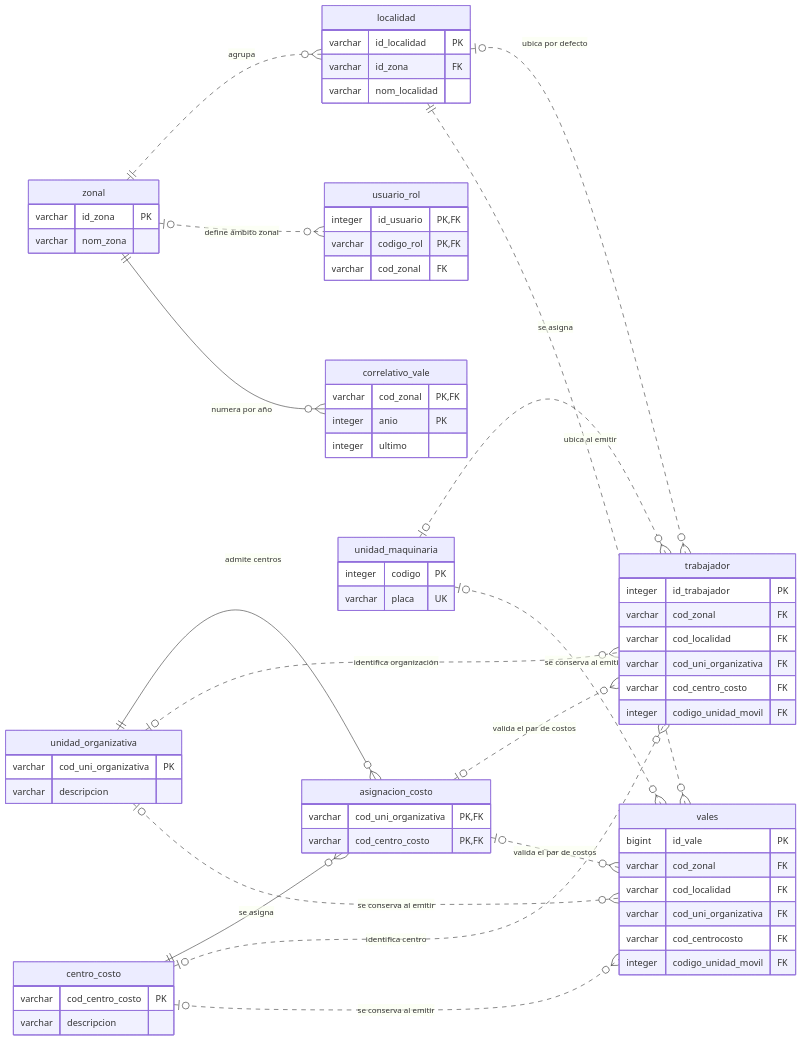
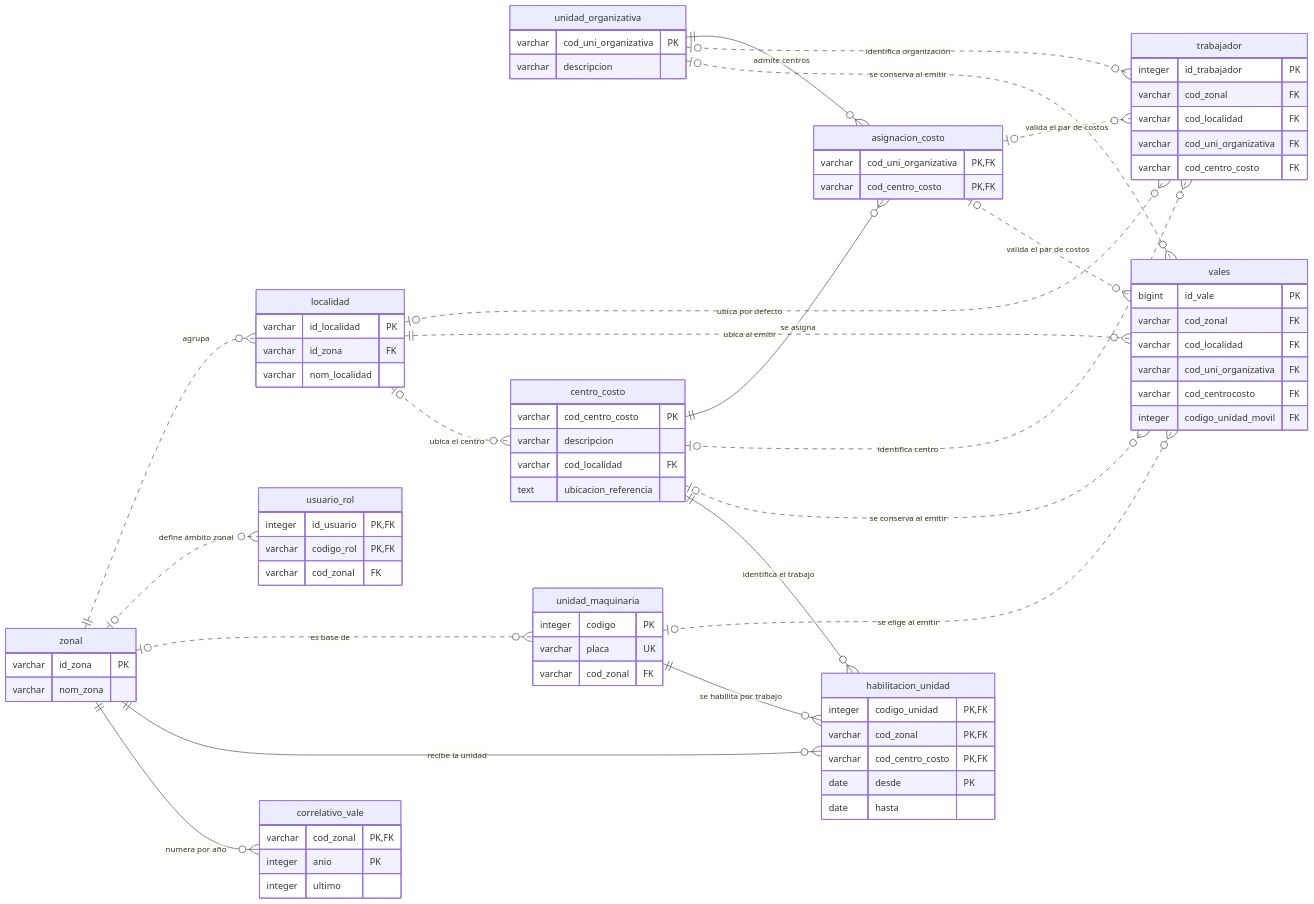
The second of 3 diagrams in docs/diagrama-base-datos.md (alexisgg11/services_vales), drawn with Mermaid before and after one commit. The commit also changed other lines of this file and 35 other files, not shown here.

```diff
--- a/docs/diagrama-base-datos.md
+++ b/docs/diagrama-base-datos.md
@@ -84,14 +84,18 @@
     centroCosto ||--o{ asignacionCosto : "se asigna"
     localidad |o..o{ trabajador : "ubica por defecto"
     localidad ||..o{ vales : "ubica al emitir"
+    localidad |o..o{ centroCosto : "ubica el centro"
     unidadOrg |o..o{ trabajador : "identifica organización"
     centroCosto |o..o{ trabajador : "identifica centro"
     unidadOrg |o..o{ vales : "se conserva al emitir"
     centroCosto |o..o{ vales : "se conserva al emitir"
     asignacionCosto |o..o{ trabajador : "valida el par de costos"
     asignacionCosto |o..o{ vales : "valida el par de costos"
-    unidadMaquinaria |o..o{ trabajador : "se asigna"
-    unidadMaquinaria |o..o{ vales : "se conserva al emitir"
+    zonal |o..o{ unidadMaquinaria : "es base de"
+    unidadMaquinaria |o..o{ vales : "se elige al emitir"
+    unidadMaquinaria ||--o{ habilitacionUnidad : "se habilita por trabajo"
+    zonal ||--o{ habilitacionUnidad : "recibe la unidad"
+    centroCosto ||--o{ habilitacionUnidad : "identifica el trabajo"
     zonal ||--o{ correlativoVale : "numera por año"
 
     zonal {
@@ -110,6 +114,8 @@
     centroCosto["centro_costo"] {
         varchar cod_centro_costo PK
         varchar descripcion
+        varchar cod_localidad FK
+        text ubicacion_referencia
     }
     asignacionCosto["asignacion_costo"] {
         varchar cod_uni_organizativa PK, FK
@@ -118,6 +124,14 @@
     unidadMaquinaria["unidad_maquinaria"] {
         integer codigo PK
         varchar placa UK
+        varchar cod_zonal FK
+    }
+    habilitacionUnidad["habilitacion_unidad"] {
+        integer codigo_unidad PK, FK
+        varchar cod_zonal PK, FK
+        varchar cod_centro_costo PK, FK
+        date desde PK
+        date hasta
     }
     trabajador {
         integer id_trabajador PK
@@ -125,7 +139,6 @@
         varchar cod_localidad FK
         varchar cod_uni_organizativa FK
         varchar cod_centro_costo FK
-        integer codigo_unidad_movil FK
     }
     vales {
         bigint id_vale PK
```
